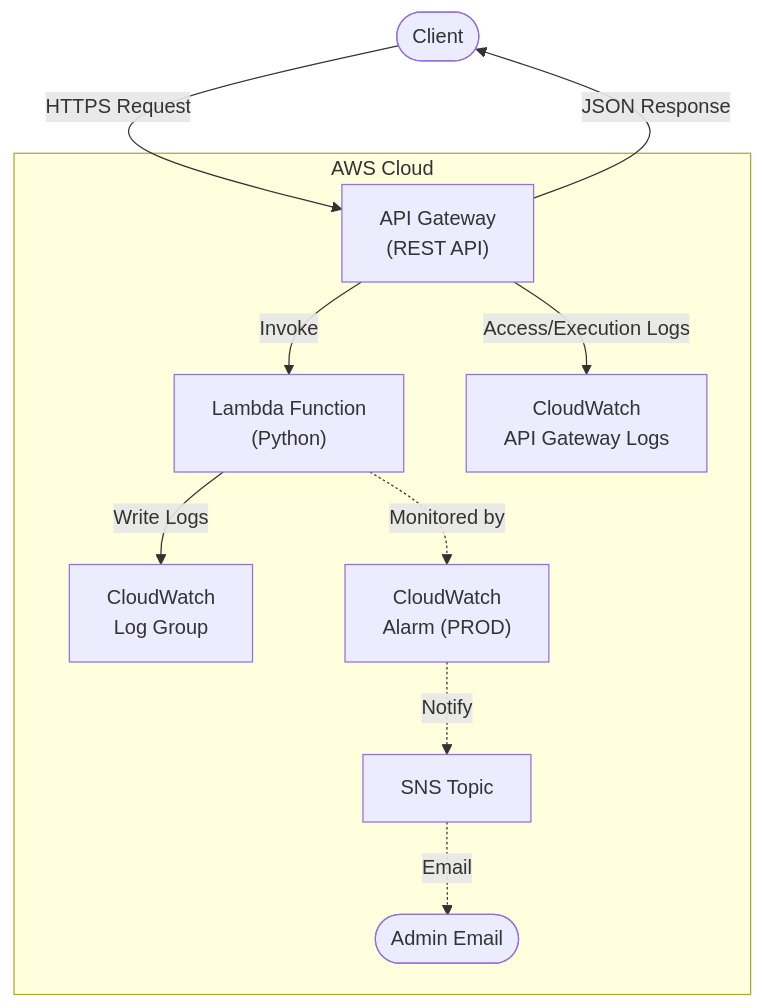
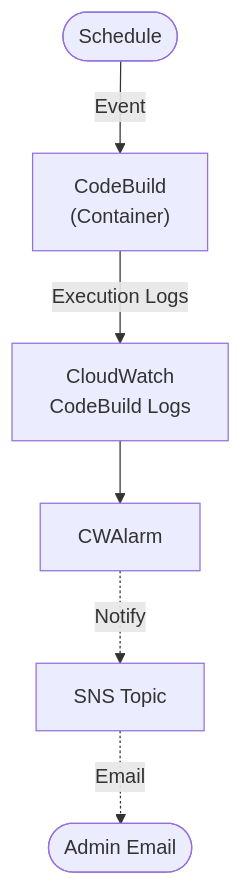
The first of 2 diagrams in ARCHITECTURE.md (63Klabs/atlantis-starter-03-serverless-codebuild-container), drawn with Mermaid before and after one commit. The commit also changed other lines of this file and 8 other files, not shown here.

````diff
--- a/ARCHITECTURE.md
+++ b/ARCHITECTURE.md
@@ -31,16 +31,11 @@
 ```mermaid
 flowchart TB
-    Client([Client]) -->|HTTPS Request| APIGW
+    EventSchedule([Schedule]) -->|Event| CODEBUILD
 
-    subgraph AWS["AWS Cloud"]
-        APIGW["API Gateway<br/>(REST API)"]
-        APIGW -->|Invoke| Lambda["Lambda Function<br/>(Python)"]
-        Lambda -->|Write Logs| CWLogs["CloudWatch<br/>Log Group"]
-        Lambda -.->|Monitored by| CWAlarm["CloudWatch<br/>Alarm (PROD)"]
+        CODEBUILD["CodeBuild<br/>(Container)"]
+        CODEBUILD -->|Execution Logs| CODEBUILDLogs["CloudWatch<br/>CodeBuild Logs"]
+        CODEBUILDLogs --> CWAlarm
         CWAlarm -.->|Notify| SNS["SNS Topic"]
         SNS -.->|Email| Email([Admin Email])
-        APIGW -->|Access/Execution Logs| APILogs["CloudWatch<br/>API Gateway Logs"]
-    end
 
-    APIGW -->|JSON Response| Client
 ```
````
